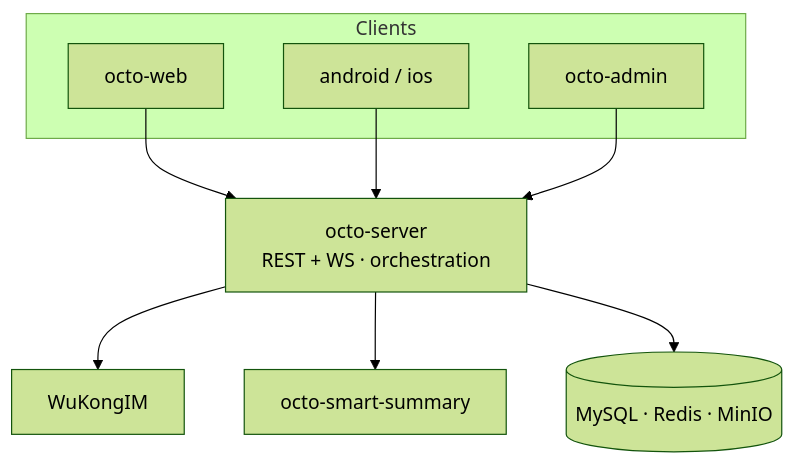
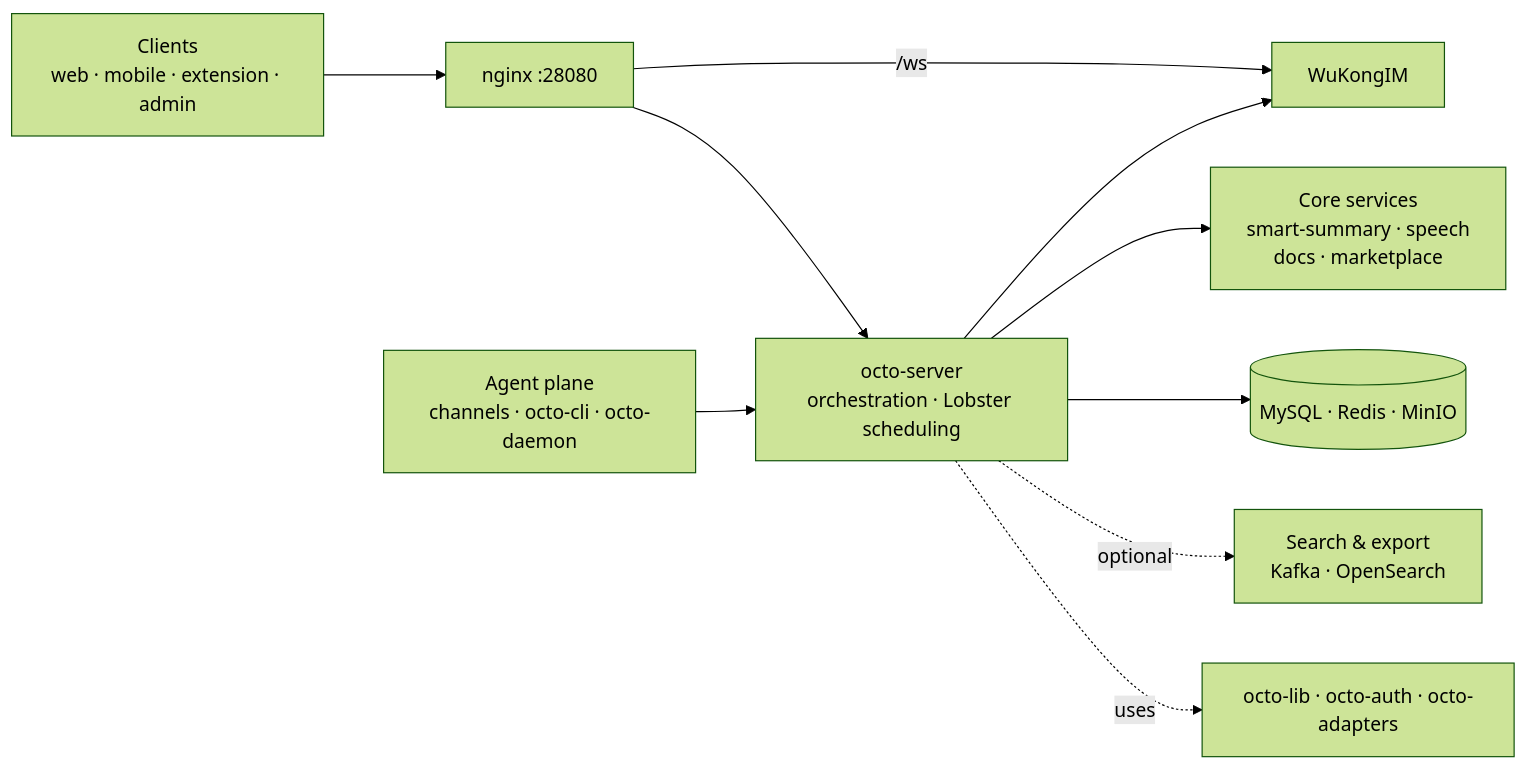
Before and after one commit to Mininglamp-OSS/octo-docs: the diagram in get-started/architecture-at-a-glance.mdx, drawn with Mermaid (forest theme). The commit also changed other lines of this file and 13 other files, not shown here.

First line of the commit message:
Refresh architecture diagrams (complete + legible) (#2)

````diff
--- a/get-started/architecture-at-a-glance.mdx
+++ b/get-started/architecture-at-a-glance.mdx
@@ -11,19 +11,12 @@
 ```mermaid
-graph TD
-  subgraph Clients
-    web[octo-web]
-    mobile[android / ios]
-    admin[octo-admin]
-  end
-  server[octo-server<br/>REST + WS · orchestration]
-  wk[WuKongIM]
-  summary[octo-smart-summary]
-  stores[(MySQL · Redis · MinIO)]
-
-  web --> server
-  mobile --> server
-  admin --> server
-  server --> wk
-  server --> summary
-  server --> stores
+graph LR
+  clients["Clients<br/>web · mobile · extension · admin"] --> nginx["nginx :28080"]
+  nginx --> server["octo-server<br/>orchestration · Lobster scheduling"]
+  nginx -->|/ws| im["WuKongIM"]
+  server --> im
+  server --> svc["Core services<br/>smart-summary · speech<br/>docs · marketplace"]
+  server --> data[("MySQL · Redis · MinIO")]
+  agents["Agent plane<br/>channels · octo-cli · octo-daemon"] --> server
+  server -. optional .-> search["Search & export<br/>Kafka · OpenSearch"]
+  server -. uses .-> shared["octo-lib · octo-auth · octo-adapters"]
 ```
````
